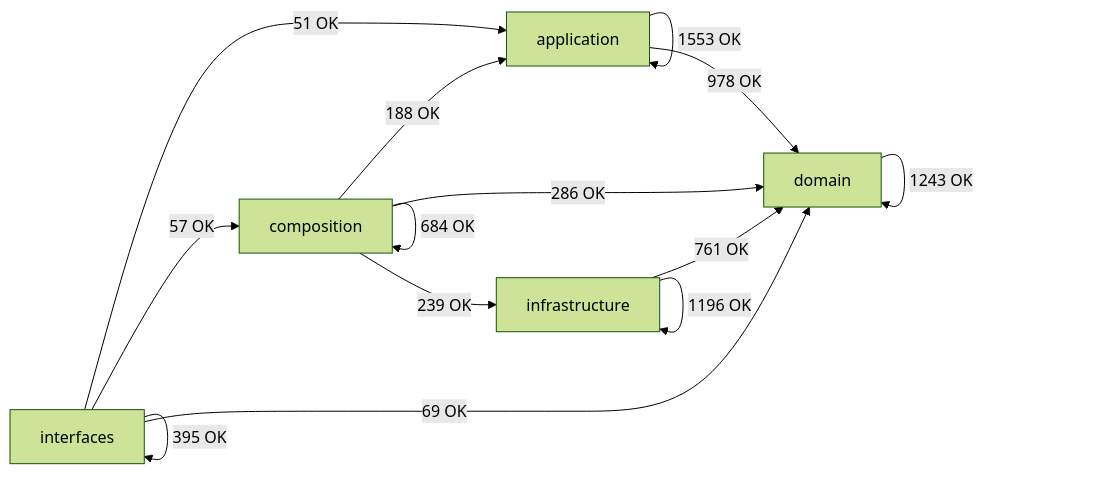
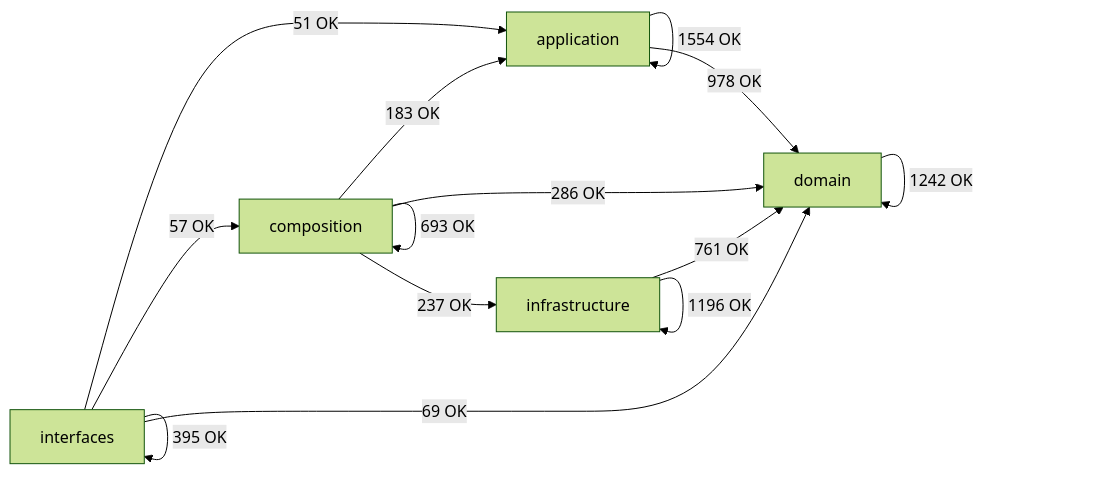
Before and after one commit to SatoryKono/BioactivityDataAcquisition: the diagram in docs/02-architecture/generated/module-dependency-map.md, drawn with Mermaid (forest theme). The commit also changed other lines of this file and 42 other files, not shown here.

````diff
--- a/docs/02-architecture/generated/module-dependency-map.md
+++ b/docs/02-architecture/generated/module-dependency-map.md
@@ -17,21 +17,21 @@
 ```mermaid
 flowchart LR
     domain[domain]
     application[application]
     infrastructure[infrastructure]
     composition[composition]
     interfaces[interfaces]
-    application -->|1553 OK| application
+    application -->|1554 OK| application
     application -->|978 OK| domain
-    composition -->|188 OK| application
-    composition -->|684 OK| composition
+    composition -->|183 OK| application
+    composition -->|693 OK| composition
     composition -->|286 OK| domain
-    composition -->|239 OK| infrastructure
-    domain -->|1243 OK| domain
+    composition -->|237 OK| infrastructure
+    domain -->|1242 OK| domain
     infrastructure -->|761 OK| domain
     infrastructure -->|1196 OK| infrastructure
     interfaces -->|51 OK| application
     interfaces -->|57 OK| composition
     interfaces -->|69 OK| domain
     interfaces -->|395 OK| interfaces
 ```
````
